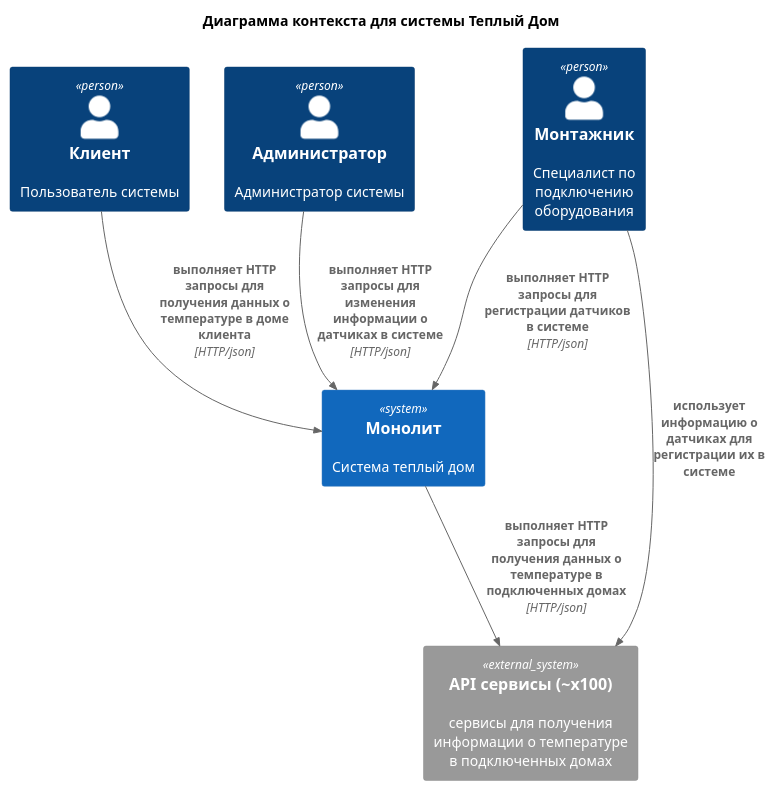
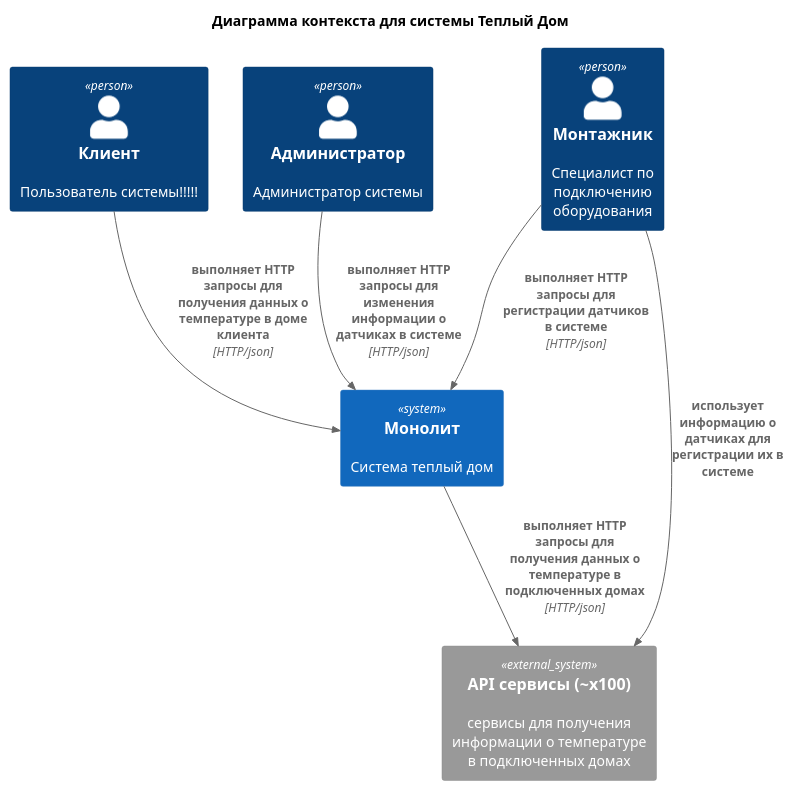
The diagram in diagrams/context/monolithContextDiagram.puml (SemVA/FitLife), drawn with PlantUML before and after one commit.

Commit message:
code refactoring

```diff
--- a/diagrams/context/monolithContextDiagram.puml
+++ b/diagrams/context/monolithContextDiagram.puml
@@ -1,15 +1,15 @@
 @startuml
 !include <C4/C4_Context.puml>
 
 title Диаграмма контекста для системы Теплый Дом
-Person(client, "Клиент", "Пользователь системы")
+Person(client, "Клиент", "Пользователь системы!!!!!")
 Person(admin, "Администратор", "Администратор системы")
 Person(master, "Монтажник", "Специалист по подключению оборудования")
 System(monolith, "Монолит", "Система теплый дом")
 System_Ext(sensorApi, "API сервисы (~x100)", "сервисы для получения информации о температуре в подключенных домах")
 Rel(client, monolith, "выполняет HTTP запросы для получения данных о температуре в доме клиента", "HTTP/json")
 Rel(admin, monolith, "выполняет HTTP запросы для изменения информации о датчиках в системе", "HTTP/json")
 Rel(master, monolith, "выполняет HTTP запросы для регистрации датчиков в системе", "HTTP/json")
 Rel(monolith, sensorApi, "выполняет HTTP запросы для получения данных о температуре в подключенных домах", "HTTP/json")
 Rel(master, sensorApi, "использует информацию о датчиках для регистрации их в системе")
 @enduml
```
